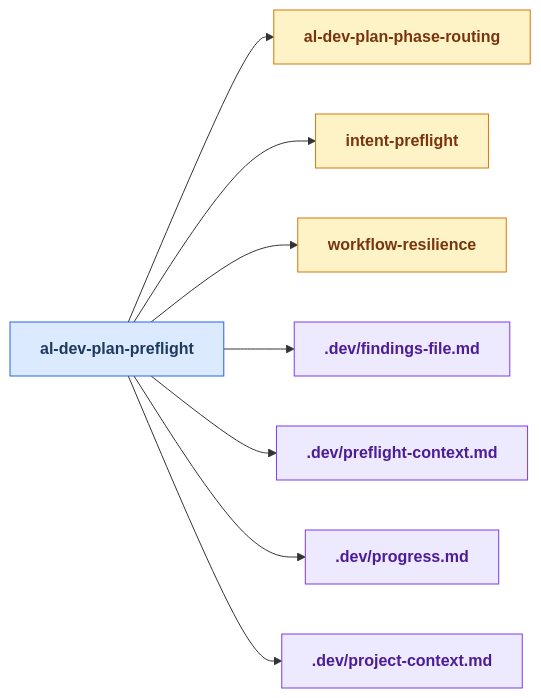
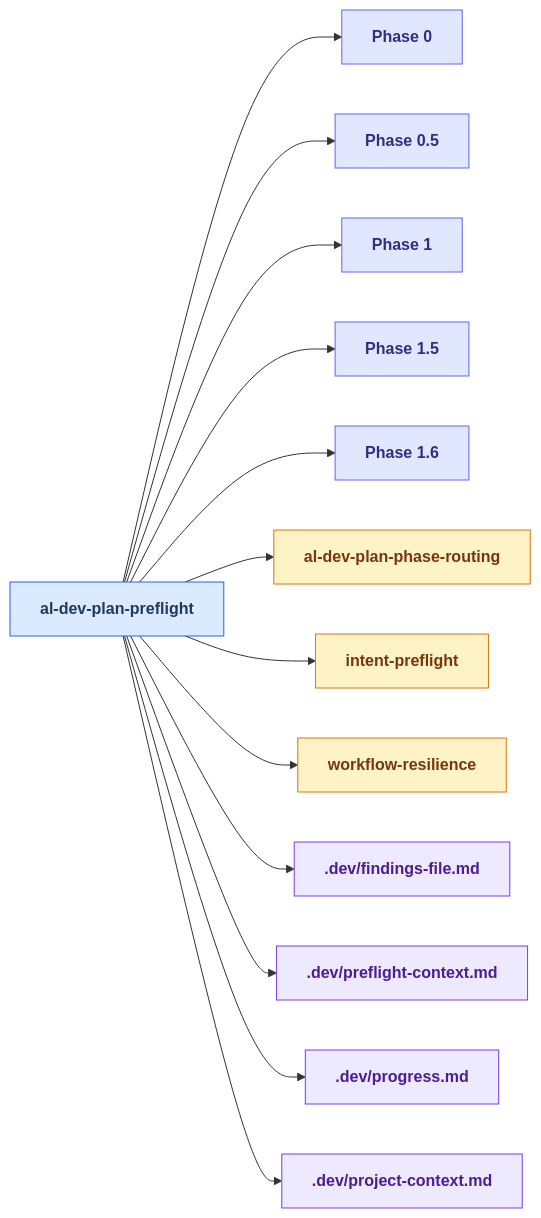
Before and after one commit to russell-laing/al-dev-shared: the seventh of 25 diagrams in docs/al-dev-skills-map.md, drawn with Mermaid. The commit also changed other lines of this file and 1 other file, not shown here.

First line of the commit message:
feat: generate Phase<N> nodes in skill drilldown diagrams

````diff
--- a/docs/al-dev-skills-map.md
+++ b/docs/al-dev-skills-map.md
@@ -311,33 +358,49 @@
 ```mermaid
 flowchart LR
     classDef skillNode fill:#dbeafe,stroke:#2563eb,color:#1e3a5f,font-weight:bold
     classDef agentNode fill:#d1fae5,stroke:#059669,color:#064e3b,font-weight:bold
     classDef knowledgeNode fill:#fef3c7,stroke:#d97706,color:#78350f,font-weight:bold
     classDef artifactNode fill:#ede9fe,stroke:#7c3aed,color:#4c1d95,font-weight:bold
+    classDef phaseNode fill:#e0e7ff,stroke:#6366f1,color:#312e81,font-weight:bold
 
     skill_al_dev_plan_preflight[al-dev-plan-preflight]
+    Phase0["Phase 0"]
+    Phase0_5["Phase 0.5"]
+    Phase1["Phase 1"]
+    Phase1_5["Phase 1.5"]
+    Phase1_6["Phase 1.6"]
     knowledge_al_dev_plan_phase_routing_md[al-dev-plan-phase-routing]
     knowledge_intent_preflight_md[intent-preflight]
     knowledge_workflow_resilience_md[workflow-resilience]
     artifact_findings_file_md[.dev/findings-file.md]
     artifact_preflight_context_md[.dev/preflight-context.md]
     artifact_progress_md[.dev/progress.md]
     artifact_project_context_md[.dev/project-context.md]
 
+    skill_al_dev_plan_preflight --> Phase0
+    skill_al_dev_plan_preflight --> Phase0_5
+    skill_al_dev_plan_preflight --> Phase1
+    skill_al_dev_plan_preflight --> Phase1_5
+    skill_al_dev_plan_preflight --> Phase1_6
     skill_al_dev_plan_preflight --> knowledge_al_dev_plan_phase_routing_md
     skill_al_dev_plan_preflight --> knowledge_intent_preflight_md
     skill_al_dev_plan_preflight --> knowledge_workflow_resilience_md
     skill_al_dev_plan_preflight --> artifact_findings_file_md
     skill_al_dev_plan_preflight --> artifact_preflight_context_md
     skill_al_dev_plan_preflight --> artifact_progress_md
     skill_al_dev_plan_preflight --> artifact_project_context_md
 
     class skill_al_dev_plan_preflight skillNode
+    class Phase0 phaseNode
+    class Phase0_5 phaseNode
+    class Phase1 phaseNode
+    class Phase1_5 phaseNode
+    class Phase1_6 phaseNode
     class knowledge_al_dev_plan_phase_routing_md knowledgeNode
     class knowledge_intent_preflight_md knowledgeNode
     class knowledge_workflow_resilience_md knowledgeNode
     class artifact_findings_file_md artifactNode
     class artifact_preflight_context_md artifactNode
     class artifact_progress_md artifactNode
     class artifact_project_context_md artifactNode
 ```
````
